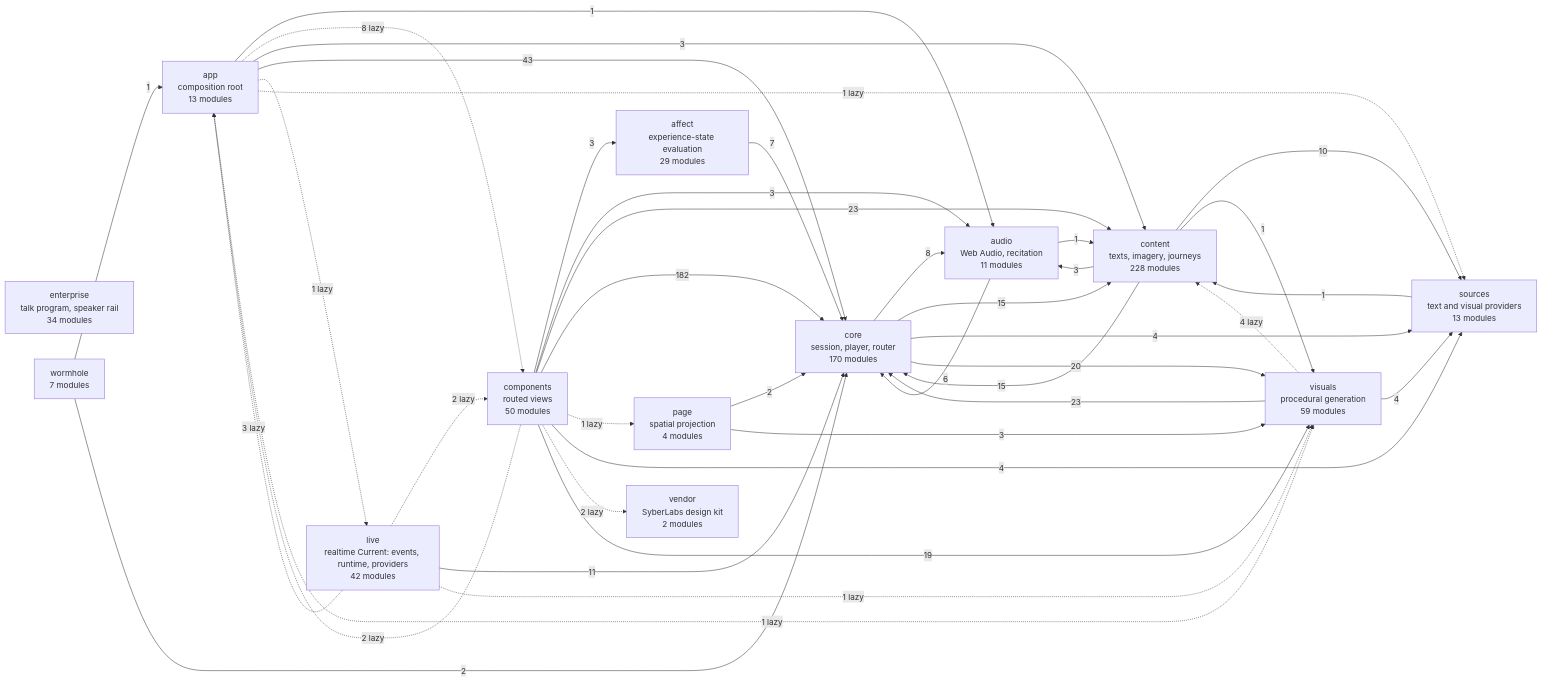
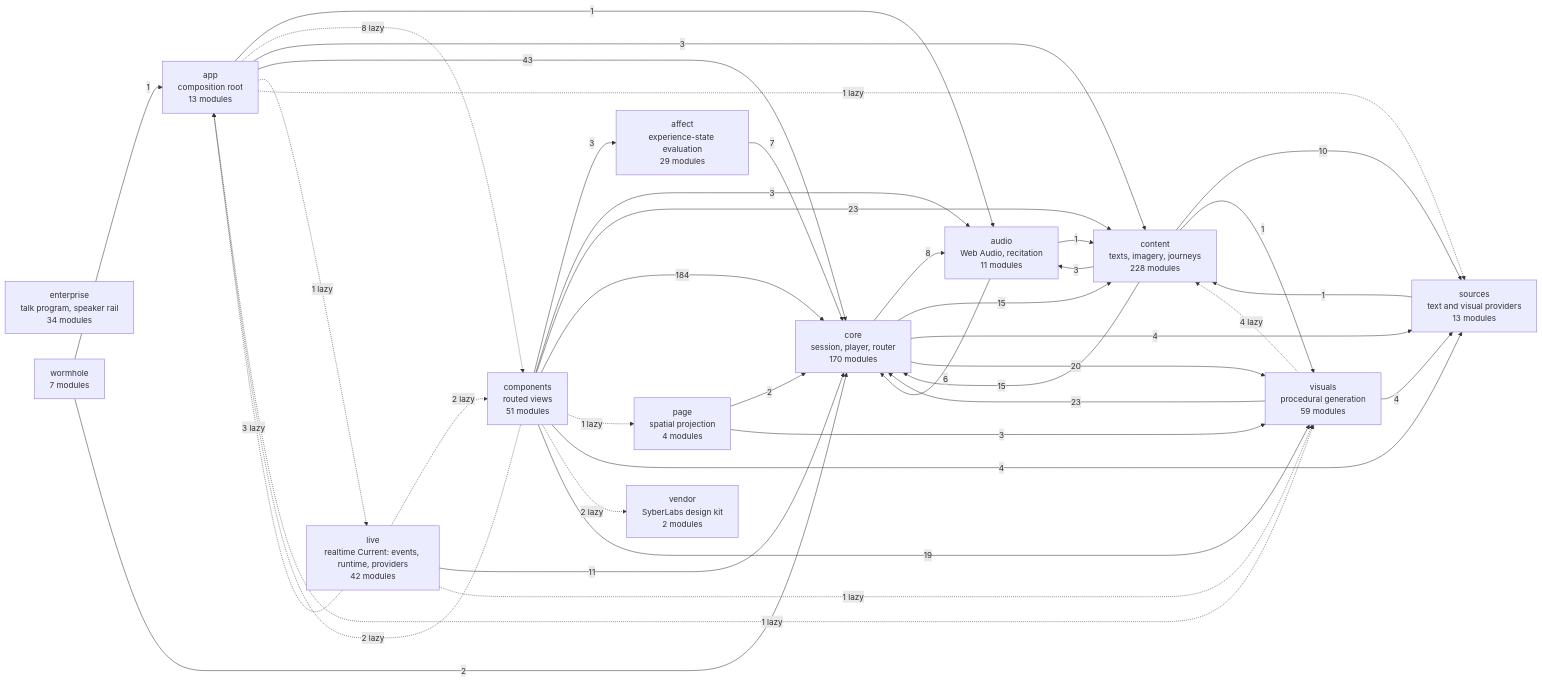
One commit to SyberLabs/RISE changed the diagram in docs/specs/ARCHITECTURE.md. Above: the diagram before and after it, drawn with Mermaid.

Commit message:
Regenerate the architecture diagram for the setup preview

````diff
--- a/docs/specs/ARCHITECTURE.md
+++ b/docs/specs/ARCHITECTURE.md
@@ -154,56 +154,56 @@
 ```mermaid
 flowchart LR
     affect["affect<br/>experience-state evaluation<br/>29 modules"]
     app["app<br/>composition root<br/>13 modules"]
     audio["audio<br/>Web Audio, recitation<br/>11 modules"]
-    components["components<br/>routed views<br/>50 modules"]
+    components["components<br/>routed views<br/>51 modules"]
     content["content<br/>texts, imagery, journeys<br/>228 modules"]
     core["core<br/>session, player, router<br/>170 modules"]
     enterprise["enterprise<br/>talk program, speaker rail<br/>34 modules"]
     live["live<br/>realtime Current: events, runtime, providers<br/>42 modules"]
     page["page<br/>spatial projection<br/>4 modules"]
     sources["sources<br/>text and visual providers<br/>13 modules"]
     vendor["vendor<br/>SyberLabs design kit<br/>2 modules"]
     visuals["visuals<br/>procedural generation<br/>59 modules"]
     wormhole["wormhole<br/>7 modules"]
 
     affect --> |7| core
     app --> |1| audio
     app -.-> |8 lazy| components
     app --> |3| content
     app --> |43| core
     app -.-> |1 lazy| live
     app -.-> |1 lazy| sources
     app -.-> |1 lazy| visuals
     audio --> |1| content
     audio --> |6| core
     components --> |3| affect
     components -.-> |2 lazy| app
     components --> |3| audio
     components --> |23| content
-    components --> |182| core
+    components --> |184| core
     components -.-> |1 lazy| page
     components --> |4| sources
     components -.-> |2 lazy| vendor
     components --> |19| visuals
     content --> |3| audio
     content --> |15| core
     content --> |10| sources
     content --> |1| visuals
     core --> |8| audio
     core --> |15| content
     core --> |4| sources
     core --> |20| visuals
     live -.-> |3 lazy| app
     live -.-> |2 lazy| components
     live --> |11| core
     live -.-> |1 lazy| visuals
     page --> |2| core
     page --> |3| visuals
     sources --> |1| content
     visuals -.-> |4 lazy| content
     visuals --> |23| core
     visuals --> |4| sources
     wormhole --> |1| app
     wormhole --> |2| core
 ```
````
